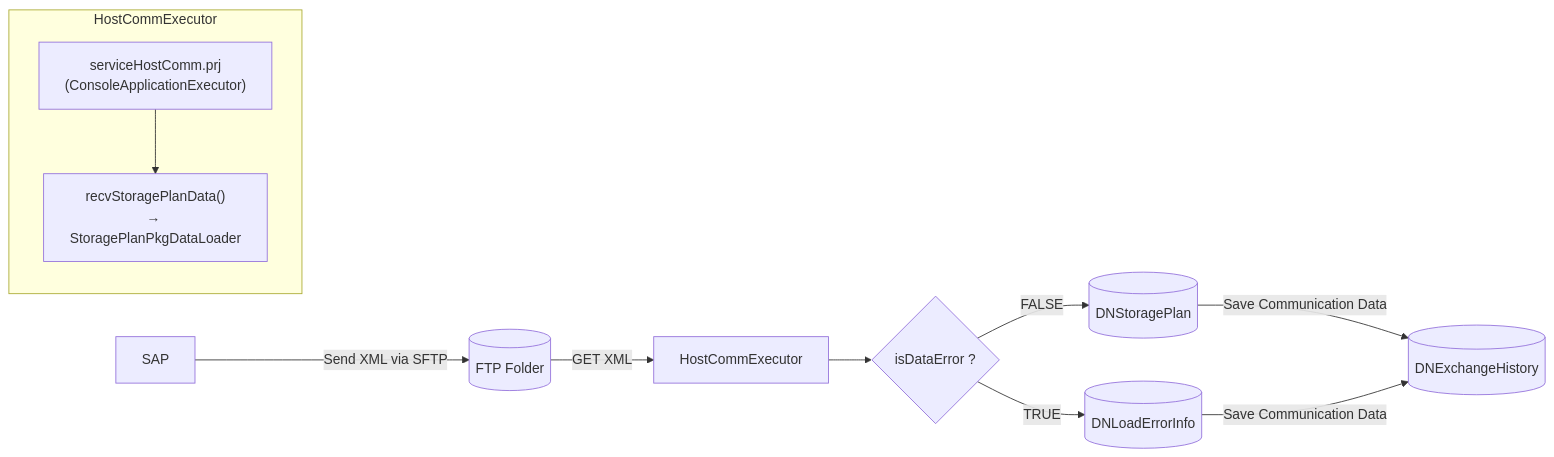
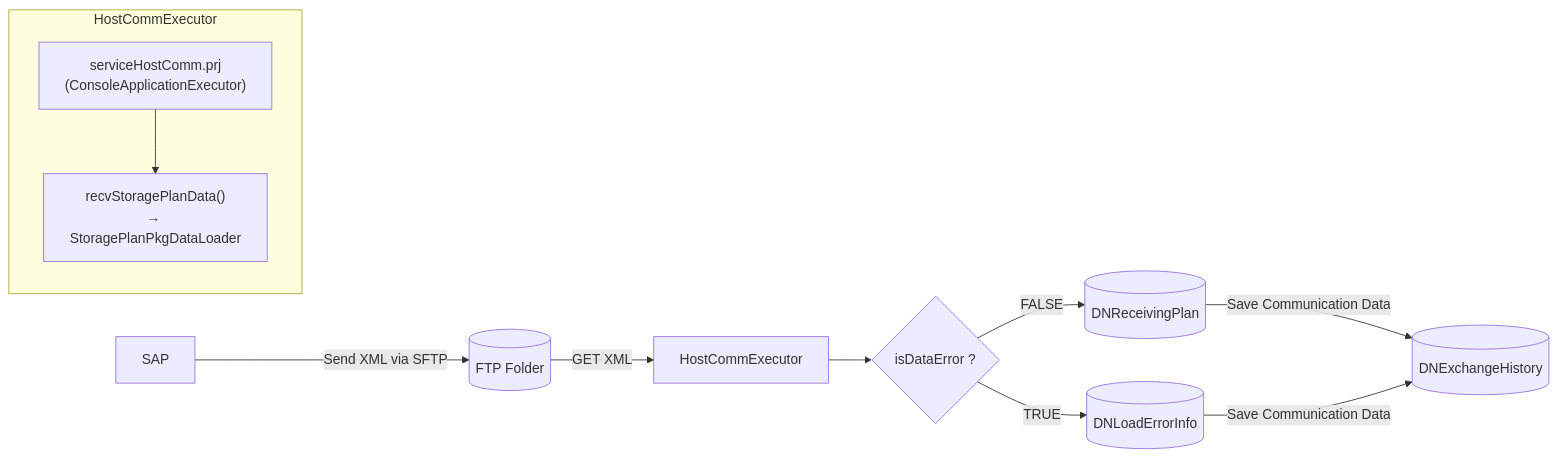
Before and after one commit to luthfiadityaa/SimeDarby-Wiki: the first of 2 diagrams in Basic-Design/Host-Interfaces/Receive-Method/Planned-Storage-PKG.md, drawn with Mermaid.

Commit message:
Updated Planned Storage PKG

```diff
--- a/Basic-Design/Host-Interfaces/Receive-Method/Planned-Storage-PKG.md
+++ b/Basic-Design/Host-Interfaces/Receive-Method/Planned-Storage-PKG.md
@@ -13,16 +13,16 @@
 ::: mermaid
 flowchart LR
     A[SAP] -->|Send XML via SFTP| B[(FTP Folder)]
     B -->|GET XML| C[HostCommExecutor]
     C --> Cond1{"isDataError ?"}
-    Cond1 --> |FALSE| E[(DNStoragePlan)]
+    Cond1 --> |FALSE| E[(DNReceivingPlan)]
     Cond1 --> |TRUE| G[(DNLoadErrorInfo)]
     E --> |Save Communication Data|F[(DNExchangeHistory)]
     G --> |Save Communication Data|F[(DNExchangeHistory)]
 
     subgraph HostCommExecutor
         C1["serviceHostComm.prj<br>(ConsoleApplicationExecutor)"]
         C2["recvStoragePlanData()<br>→ StoragePlanPkgDataLoader"]
         C1 --> C2
     end
 :::
```
